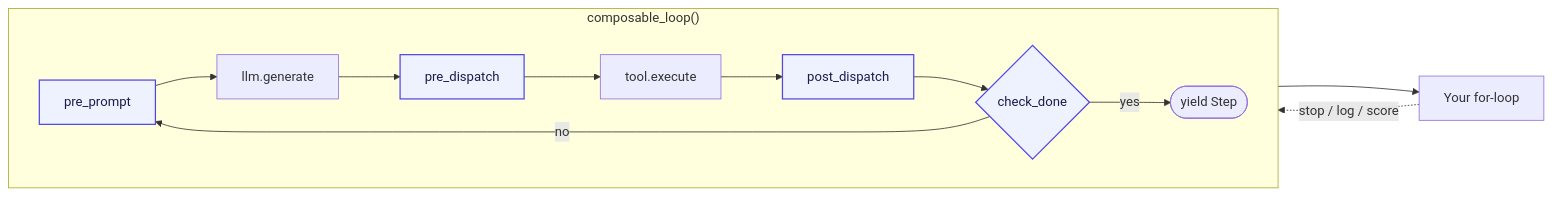
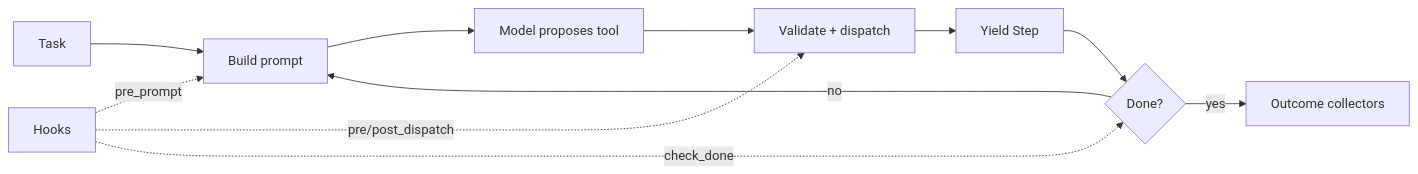
The diagram in docs/index.md (hsaghir/looplet), drawn with Mermaid before and after one commit. The commit also changed other lines of this file and 86 other files, not shown here.

````diff
--- a/docs/index.md
+++ b/docs/index.md
@@ -113,18 +177,14 @@
 ```mermaid
 flowchart LR
-    subgraph Loop["composable_loop()"]
-        direction LR
-        P[pre_prompt] --> L[llm.generate]
-        L --> D[pre_dispatch]
-        D --> T[tool.execute]
-        T --> R[post_dispatch]
-        R --> C{check_done}
-        C -- no --> P
-        C -- yes --> Y([yield Step])
-    end
-    Y --> Caller[Your for-loop]
-    Caller -. "stop / log / score" .-> Loop
-
-    classDef hook fill:#EEF2FF,stroke:#4F46E5,stroke-width:1.5px,color:#1E1B4B
-    class P,D,R,C hook
+    accTitle: One tool-calling loop with hooks and outcome collection
+    T[Task] --> P[Build prompt]
+    P --> M[Model proposes tool]
+    M --> D[Validate + dispatch]
+    D --> S[Yield Step]
+    S --> C{Done?}
+    C -- no --> P
+    C -- yes --> O[Outcome collectors]
+    H[Hooks] -. pre_prompt .-> P
+    H -. pre/post_dispatch .-> D
+    H -. check_done .-> C
 ```
````
